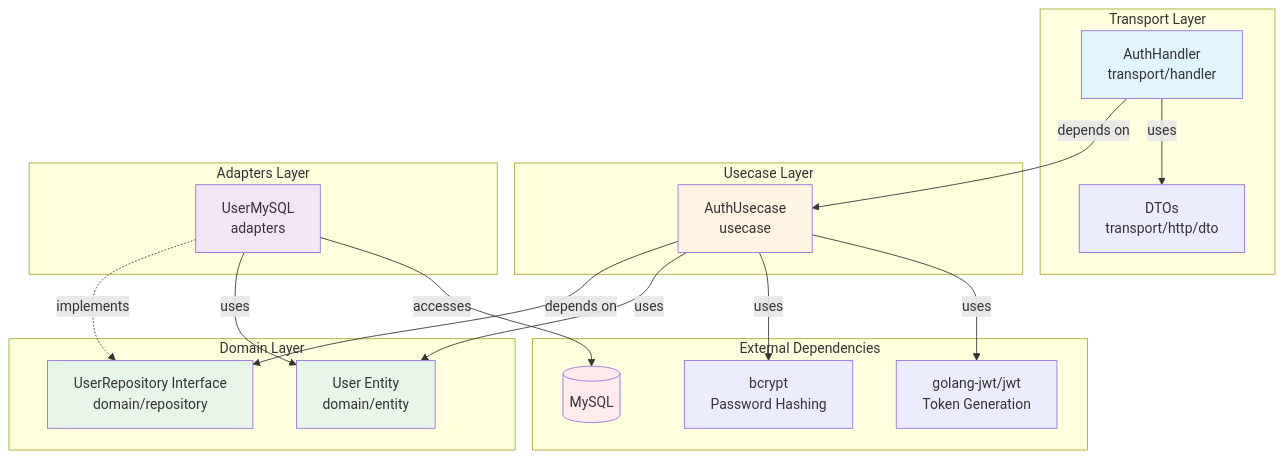
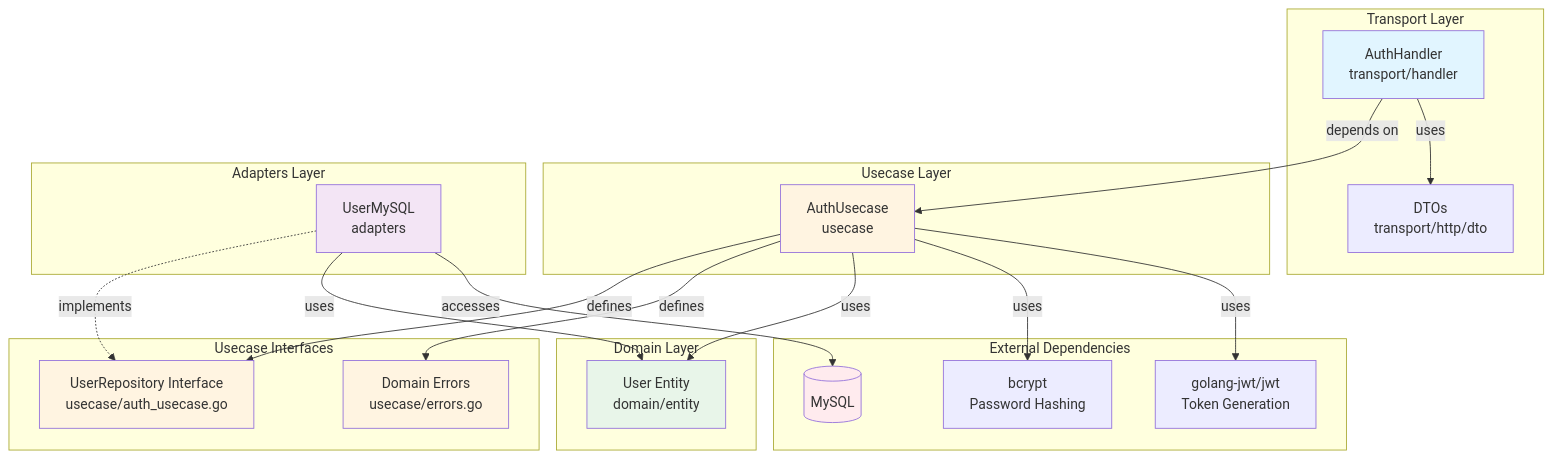
Before and after one commit to UCHIDAnobuhiro/stock_backend: the third of 3 diagrams in internal/feature/auth/README.md, drawn with Mermaid. The commit also changed other lines of this file, not shown here.

First line of the commit message:
docs(auth): align README with actual directory structure

````diff
--- a/internal/feature/auth/README.md
+++ b/internal/feature/auth/README.md
@@ -182,43 +182,49 @@
 ```mermaid
 graph TB
     subgraph "Transport Layer"
         Handler[AuthHandler<br/>transport/handler]
         DTO[DTOs<br/>transport/http/dto]
     end
 
     subgraph "Usecase Layer"
         Usecase[AuthUsecase<br/>usecase]
     end
 
     subgraph "Domain Layer"
         Entity[User Entity<br/>domain/entity]
-        RepoInterface[UserRepository Interface<br/>domain/repository]
+    end
+
+    subgraph "Usecase Interfaces"
+        RepoInterface[UserRepository Interface<br/>usecase/auth_usecase.go]
+        Errors[Domain Errors<br/>usecase/errors.go]
     end
 
     subgraph "Adapters Layer"
         RepoImpl[UserMySQL<br/>adapters]
     end
 
     subgraph "External Dependencies"
         DB[(MySQL)]
         BCrypt[bcrypt<br/>Password Hashing]
         JWT[golang-jwt/jwt<br/>Token Generation]
     end
 
     Handler -->|depends on| Usecase
     Handler -->|uses| DTO
-    Usecase -->|depends on| RepoInterface
+    Usecase -->|defines| RepoInterface
+    Usecase -->|defines| Errors
     Usecase -->|uses| Entity
     Usecase -->|uses| BCrypt
     Usecase -->|uses| JWT
     RepoImpl -.->|implements| RepoInterface
     RepoImpl -->|uses| Entity
     RepoImpl -->|accesses| DB
 
     style Handler fill:#e1f5ff
     style Usecase fill:#fff4e1
     style Entity fill:#e8f5e9
-    style RepoInterface fill:#e8f5e9
+    style RepoInterface fill:#fff4e1
+    style Errors fill:#fff4e1
     style RepoImpl fill:#f3e5f5
     style DB fill:#ffebee
 ```
````
